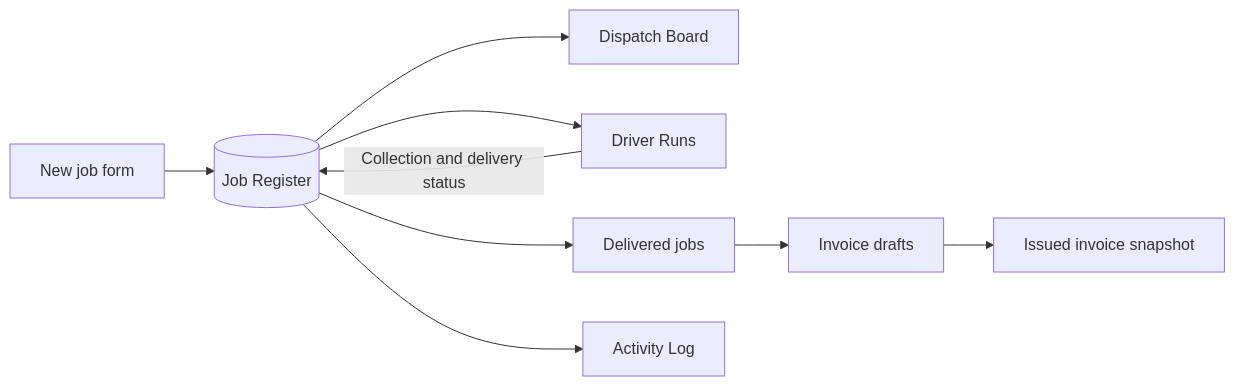
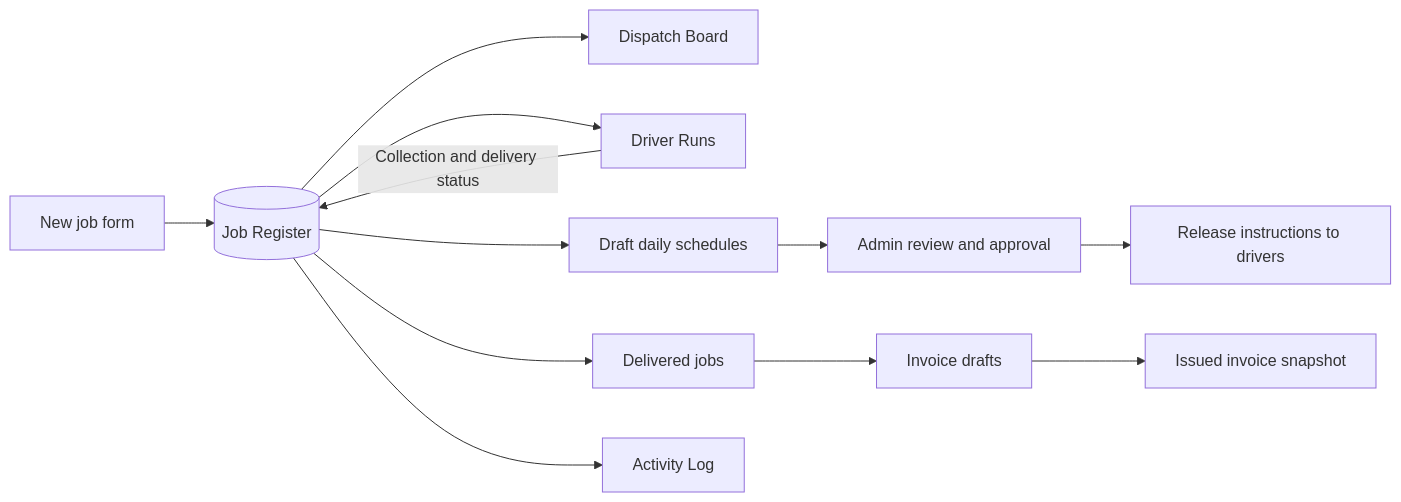
Before and after one commit to towexuk-Git/TowEx-App: the diagram in docs/architecture.md, drawn with Mermaid. The commit also changed other lines of this file, not shown here.

Commit message:
TowEx v0.3: update docs/architecture.md

````diff
--- a/docs/architecture.md
+++ b/docs/architecture.md
@@ -3,11 +3,14 @@
 ```mermaid
 flowchart LR
   A[New job form] --> B[(Job Register)]
   B --> C[Dispatch Board]
   B --> D[Driver Runs]
+  B --> I[Draft daily schedules]
+  I --> J[Admin review and approval]
+  J --> K[Release instructions to drivers]
   B --> E[Delivered jobs]
   E --> F[Invoice drafts]
   F --> G[Issued invoice snapshot]
   B --> H[Activity Log]
   D -->|Collection and delivery status| B
 ```
````
